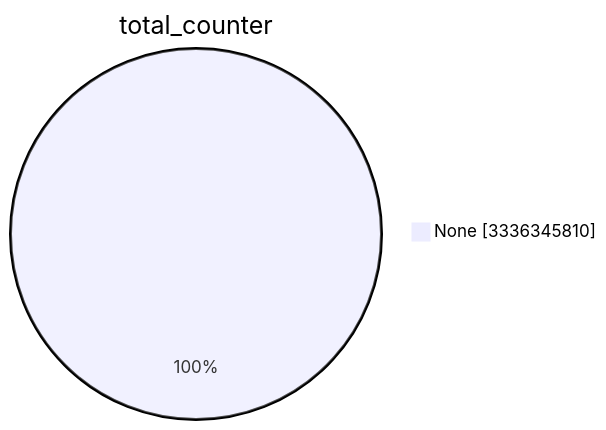
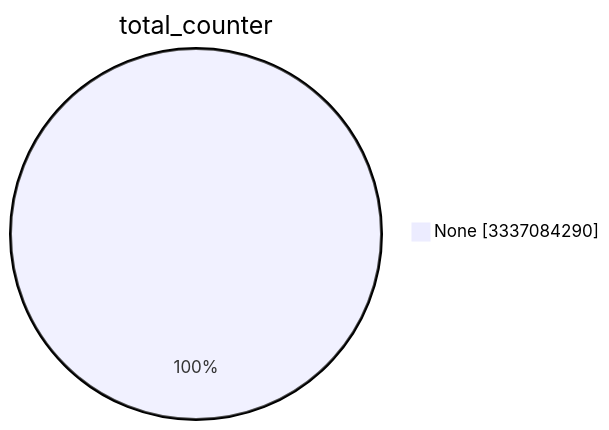
One commit to christiankrug/ctmonitor_visualization changed the first of 15 diagrams in TOTAL/README.md. Above: the diagram before and after it, drawn with Mermaid. The commit also changed other lines of this file, not shown here.

````diff
--- a/TOTAL/README.md
+++ b/TOTAL/README.md
@@ -1,5 +1,5 @@
 ```mermaid
 pie showData
 title total_counter
-"None" :3336345810
+"None" :3337084290
 ```
````
